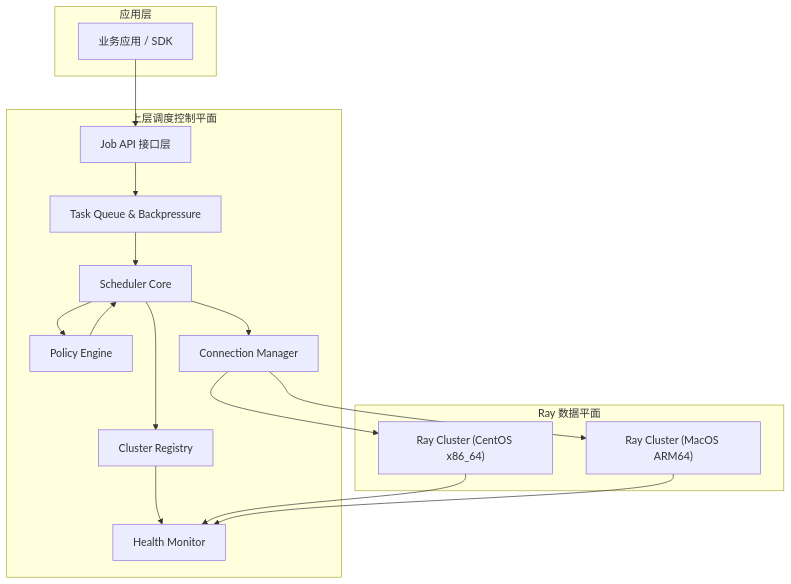
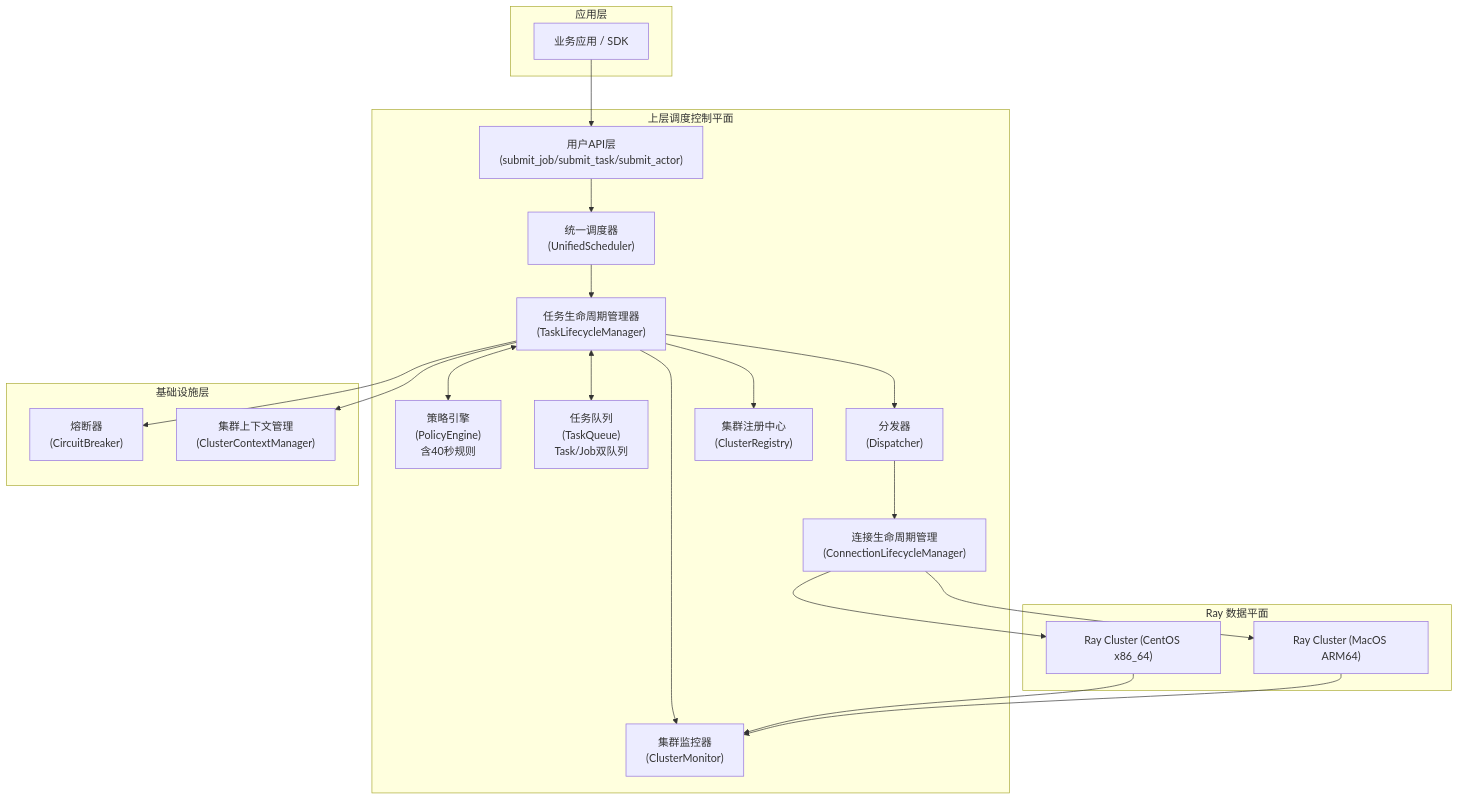
The first of 6 diagrams in depOps.md (zorro-gridi/ray_multicluster_scheduler), drawn with Mermaid before and after one commit. The commit also changed other lines of this file and 131 other files, not shown here.

````diff
--- a/depOps.md
+++ b/depOps.md
@@ -39,34 +39,44 @@
 ```mermaid
 flowchart TB
     subgraph AppLayer["应用层"]
         A1["业务应用 / SDK"]
     end
 
     subgraph SchedulerLayer["上层调度控制平面"]
-        B1["Job API 接口层"]
-        B2["Task Queue & Backpressure"]
-        B3["Scheduler Core"]
-        B4["Policy Engine"]
-        B5["Cluster Registry"]
-        B6["Health Monitor"]
-        B7["Connection Manager"]
+        B1["用户API层<br/>(submit_job/submit_task/submit_actor)"]
+        B2["统一调度器<br/>(UnifiedScheduler)"]
+        B3["任务生命周期管理器<br/>(TaskLifecycleManager)"]
+        B4["策略引擎<br/>(PolicyEngine)<br/>含40秒规则"]
+        B5["任务队列<br/>(TaskQueue)<br/>Task/Job双队列"]
+        B6["分发器<br/>(Dispatcher)"]
+        B7["连接生命周期管理<br/>(ConnectionLifecycleManager)"]
+        B8["集群注册中心<br/>(ClusterRegistry)"]
+        B9["集群监控器<br/>(ClusterMonitor)"]
     end
 
     subgraph DataPlane["Ray 数据平面"]
         C1["Ray Cluster (CentOS x86_64)"]
         C2["Ray Cluster (MacOS ARM64)"]
     end
 
+    subgraph InfraLayer["基础设施层"]
+        D1["熔断器<br/>(CircuitBreaker)"]
+        D2["集群上下文管理<br/>(ClusterContextManager)"]
+    end
+
     A1 --> B1
     B1 --> B2
     B2 --> B3
-    B3 --> B4
-    B3 --> B5
-    B4 --> B3
-    B5 --> B6
-    B3 --> B7
+    B3 <--> B4
+    B3 <--> B5
+    B3 --> B6
+    B6 --> B7
+    B3 --> B8
+    B3 --> B9
     B7 --> C1
     B7 --> C2
-    C1 --> B6
-    C2 --> B6
+    C1 --> B9
+    C2 --> B9
+    B3 --> D1
+    B3 --> D2
 ```
````
